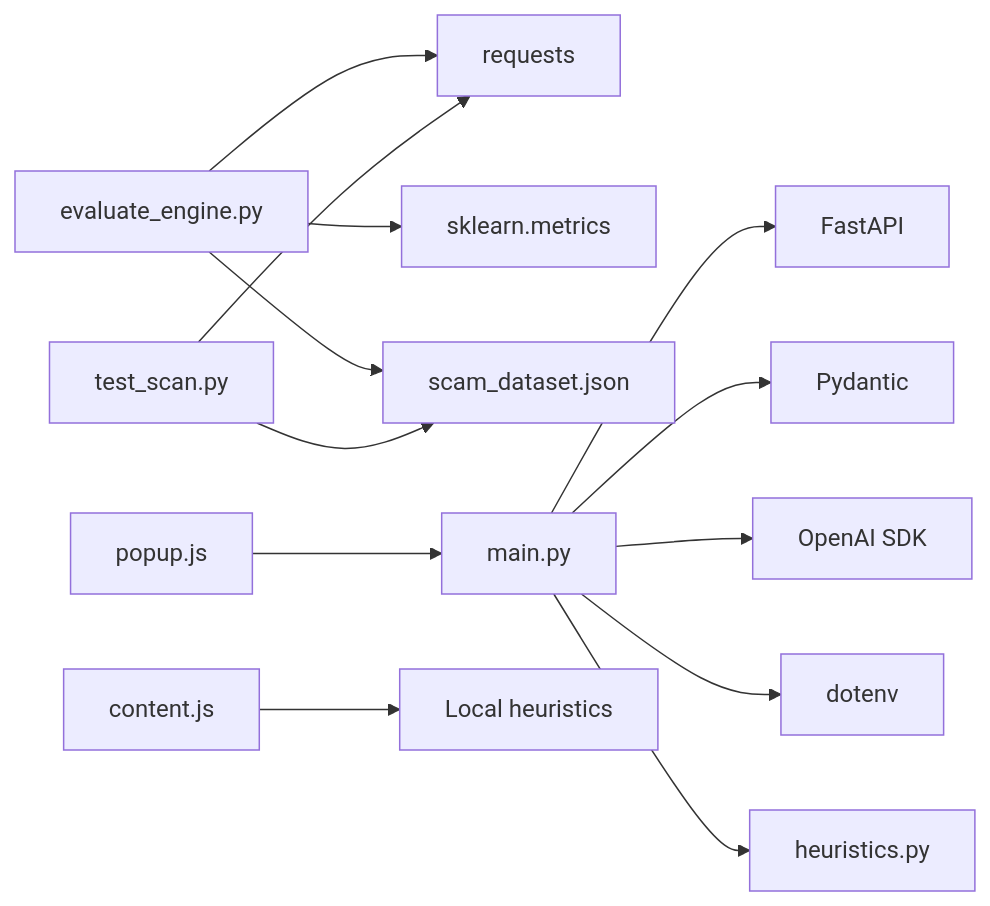
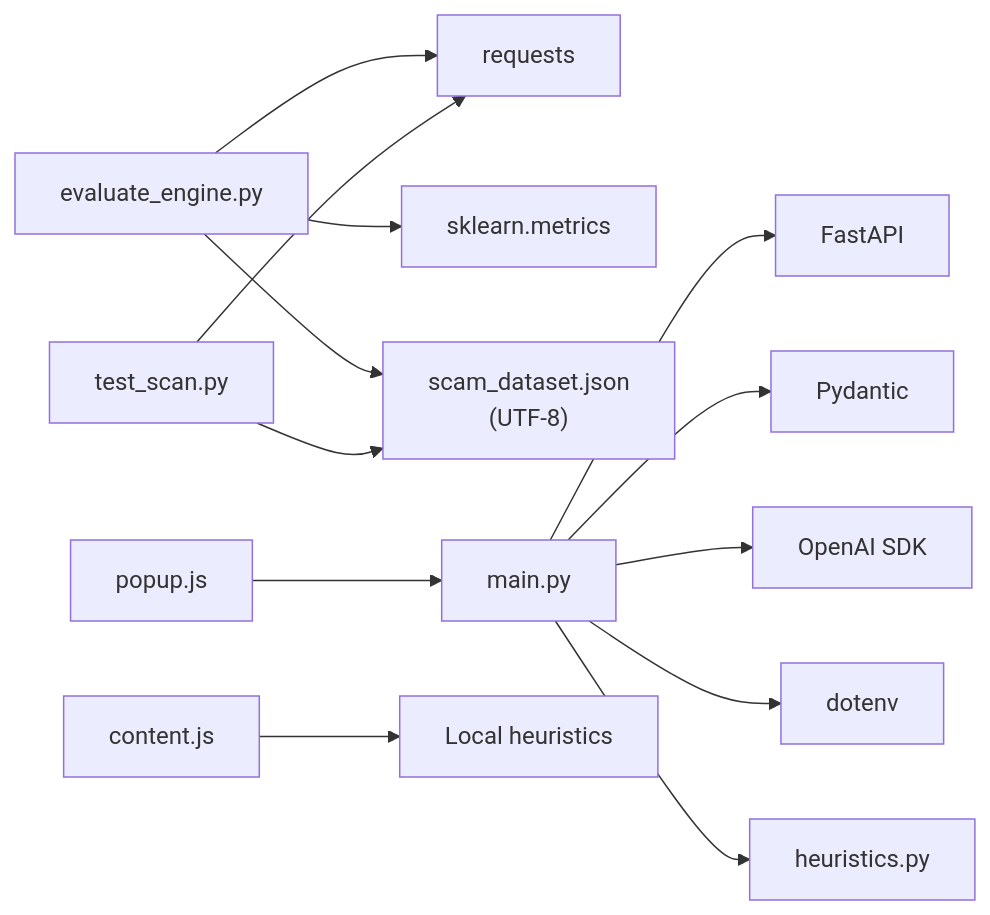
One commit to Aymanaahh/scrollguard-ai changed the sixth of 6 diagrams in .qoder/repowiki/en/content/Evaluation and Testing Framework.md. Above: the diagram before and after it, drawn with Mermaid. The commit also changed other lines of this file and 18 other files, not shown here.

````diff
--- a/.qoder/repowiki/en/content/Evaluation and Testing Framework.md
+++ b/.qoder/repowiki/en/content/Evaluation and Testing Framework.md
@@ -379,15 +406,15 @@
 ```mermaid
 graph LR
 EE["evaluate_engine.py"] --> REQ["requests"]
 EE --> SK["sklearn.metrics"]
-EE --> DS["scam_dataset.json"]
+EE --> DS["scam_dataset.json<br/>(UTF-8)"]
 TS["test_scan.py"] --> REQ
 TS --> DS
 API["main.py"] --> FASTAPI["FastAPI"]
 API --> PYD["Pydantic"]
 API --> OAI["OpenAI SDK"]
 API --> ENV["dotenv"]
 API --> HEUR["heuristics.py"]
 EXT_POP["popup.js"] --> API
 EXT_CNT["content.js"] --> LOCAL["Local heuristics"]
 ```
````
